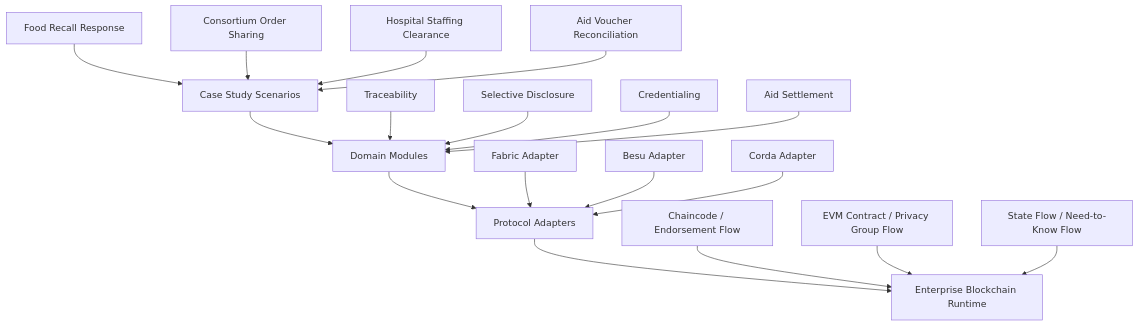
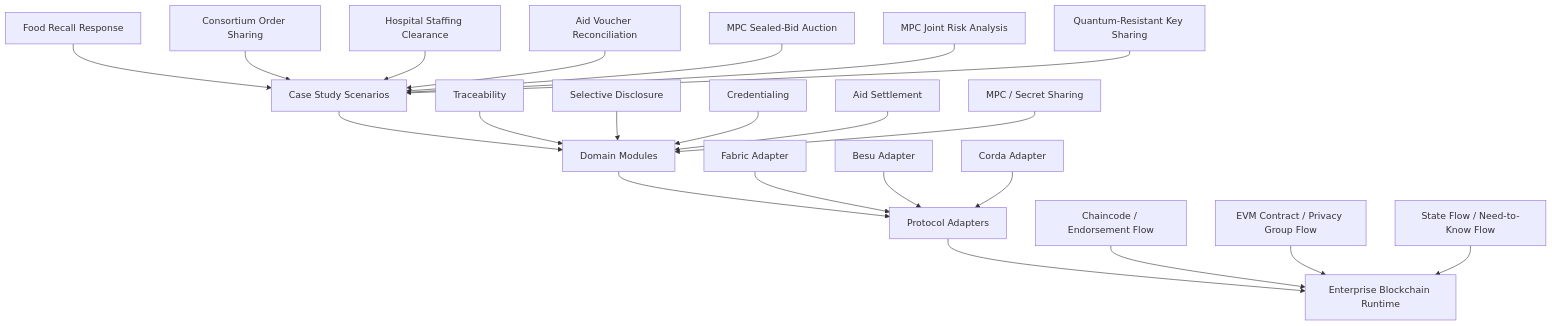
One commit to psavelis/enterprise-blockchain changed the diagram in docs/architecture/overview.md. Above: the diagram before and after it, drawn with Mermaid. The commit also changed other lines of this file and 2 other files, not shown here.

Commit message:
docs: add MPC and quantum examples to README and architecture overview

````diff
--- a/docs/architecture/overview.md
+++ b/docs/architecture/overview.md
@@ -7,24 +7,28 @@
 ```mermaid
 flowchart TD
     A[Case Study Scenarios] --> B[Domain Modules]
     B --> C[Protocol Adapters]
     C --> D[Enterprise Blockchain Runtime]
 
     A1[Food Recall Response] --> A
     A2[Consortium Order Sharing] --> A
     A3[Hospital Staffing Clearance] --> A
     A4[Aid Voucher Reconciliation] --> A
+    A5[MPC Sealed-Bid Auction] --> A
+    A6[MPC Joint Risk Analysis] --> A
+    A7[Quantum-Resistant Key Sharing] --> A
 
     B1[Traceability] --> B
     B2[Selective Disclosure] --> B
     B3[Credentialing] --> B
     B4[Aid Settlement] --> B
+    B5[MPC / Secret Sharing] --> B
 
     C1[Fabric Adapter] --> C
     C2[Besu Adapter] --> C
     C3[Corda Adapter] --> C
 
     D1[Chaincode / Endorsement Flow] --> D
     D2[EVM Contract / Privacy Group Flow] --> D
     D3[State Flow / Need-to-Know Flow] --> D
 ```
````
